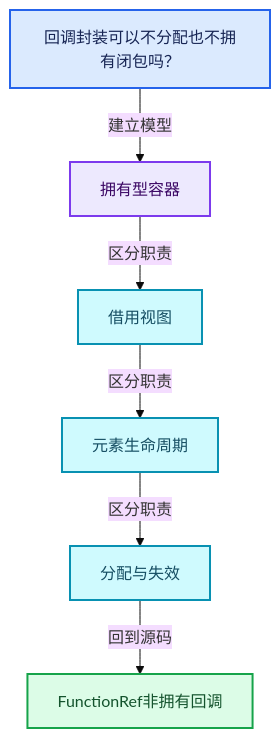
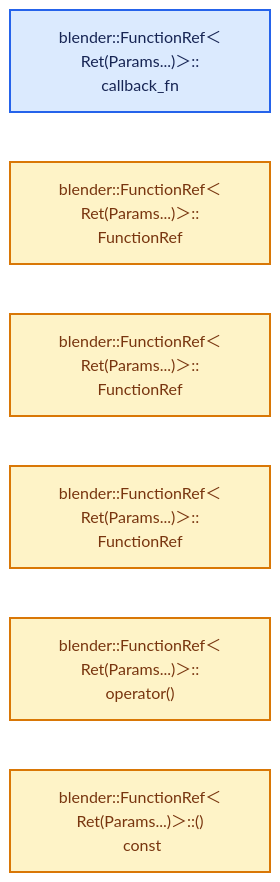
Before and after one commit to yunkezengren/blender-.vscode: the second of 4 diagrams in 杂/markdown/全面学习-codex/01-基础容器与现代CPP/16-FunctionRef非拥有回调.md, drawn with Mermaid (base theme). The commit also changed other lines of this file and 1930 other files, not shown here.

````diff
--- a/杂/markdown/全面学习-codex/01-基础容器与现代CPP/16-FunctionRef非拥有回调.md
+++ b/杂/markdown/全面学习-codex/01-基础容器与现代CPP/16-FunctionRef非拥有回调.md
@@ -60,20 +46,15 @@
 ```mermaid
-flowchart TB
-  Q["回调封装可以不分配也不拥有闭包吗？"]:::input
-  C0["拥有型容器"]:::abstraction
-  C1["借用视图"]:::data
-  C2["元素生命周期"]:::data
-  C3["分配与失效"]:::data
-  R["FunctionRef非拥有回调"]:::result
-  Q -->|"建立模型"| C0
-  C0 -->|"区分职责"| C1
-  C1 -->|"区分职责"| C2
-  C2 -->|"区分职责"| C3
-  C3 -->|"回到源码"| R
+flowchart LR
+  F0["blender::FunctionRef＜Ret(Params...)＞::<br/>callback_fn"]:::input
+  F1["blender::FunctionRef＜Ret(Params...)＞::<br/>FunctionRef"]:::compute
+  F2["blender::FunctionRef＜Ret(Params...)＞::<br/>FunctionRef"]:::compute
+  F3["blender::FunctionRef＜Ret(Params...)＞::<br/>FunctionRef"]:::compute
+  F4["blender::FunctionRef＜Ret(Params...)＞::<br/>operator()"]:::compute
+  F5["blender::FunctionRef＜Ret(Params...)＞::()<br/> const"]:::compute
   classDef input fill:#DBEAFE,stroke:#2563EB,color:#172554,stroke-width:2px;
   classDef data fill:#CFFAFE,stroke:#0891B2,color:#164E63,stroke-width:2px;
   classDef abstraction fill:#EDE9FE,stroke:#7C3AED,color:#3B0764,stroke-width:2px;
   classDef compute fill:#FEF3C7,stroke:#D97706,color:#78350F,stroke-width:2px;
   classDef result fill:#DCFCE7,stroke:#16A34A,color:#14532D,stroke-width:2px;
   classDef error fill:#FEE2E2,stroke:#DC2626,color:#7F1D1D,stroke-width:2px;
 ```
````
